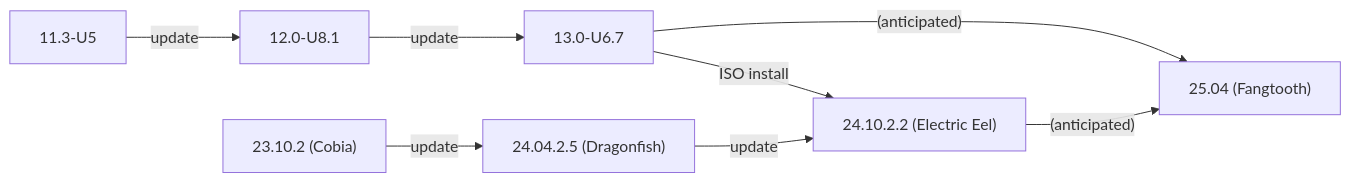
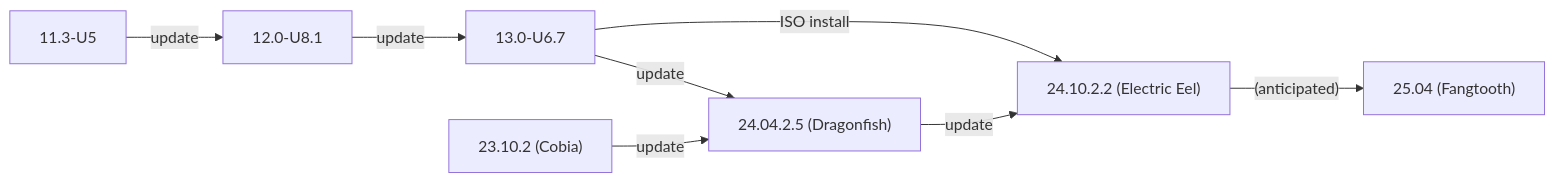
Before and after one commit to truenas/documentation: the second of 2 diagrams in static/includes/SCALEUpgradePaths.md, drawn with Mermaid. The commit also changed other lines of this file, not shown here.

```diff
--- a/static/includes/SCALEUpgradePaths.md
+++ b/static/includes/SCALEUpgradePaths.md
@@ -87,11 +87,11 @@
           {{< mermaid class="mermaid_sizing" >}}
           flowchart LR
             A["11.3-U5"] -->|update| B
             B["12.0-U8.1"] -->|update| C
             C["13.0-U6.7"] -->|ISO install| F
-            C["13.0-U6.7"] -->|"(anticipated)"| G
+            C -->|update| E
             D["23.10.2 (Cobia)"] -->|update| E
             E["24.04.2.5 (Dragonfish)"]  -->|update| F
             F["24.10.2.2 (Electric Eel)"] -->|"(anticipated)"| G
             G["25.04 (Fangtooth)"]
           {{< /mermaid >}}
```
